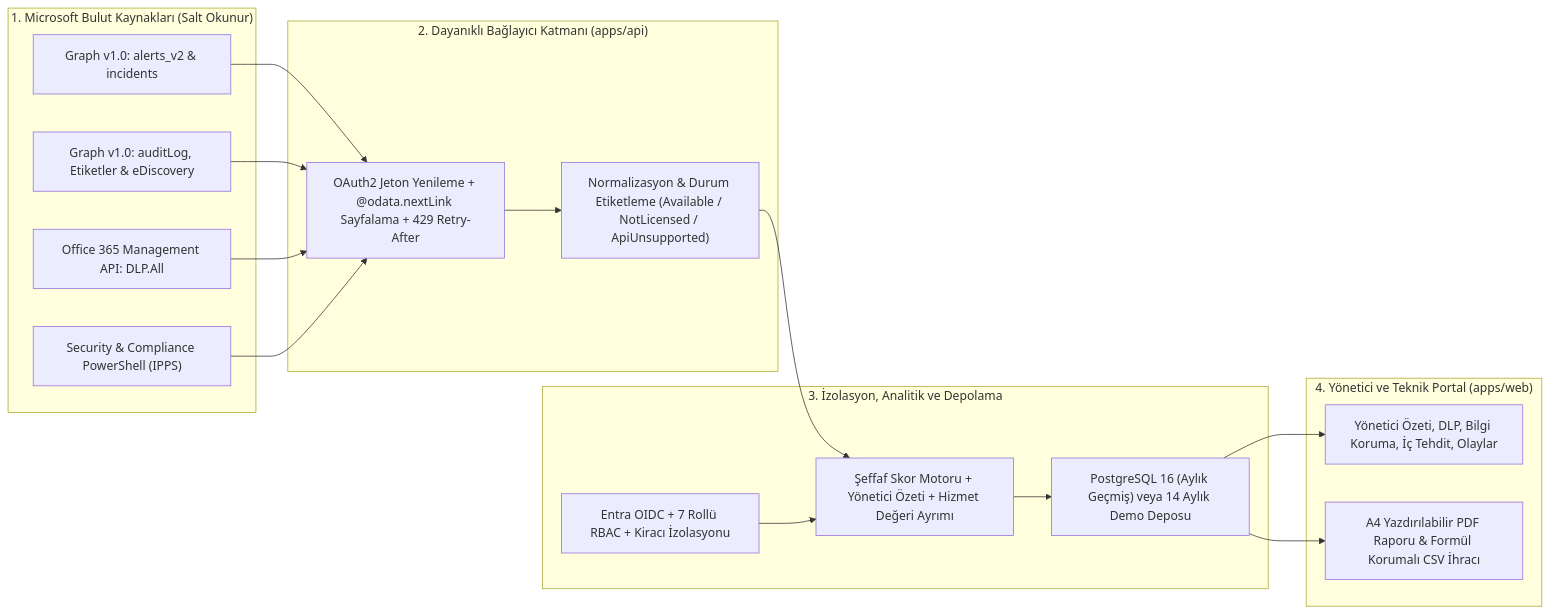
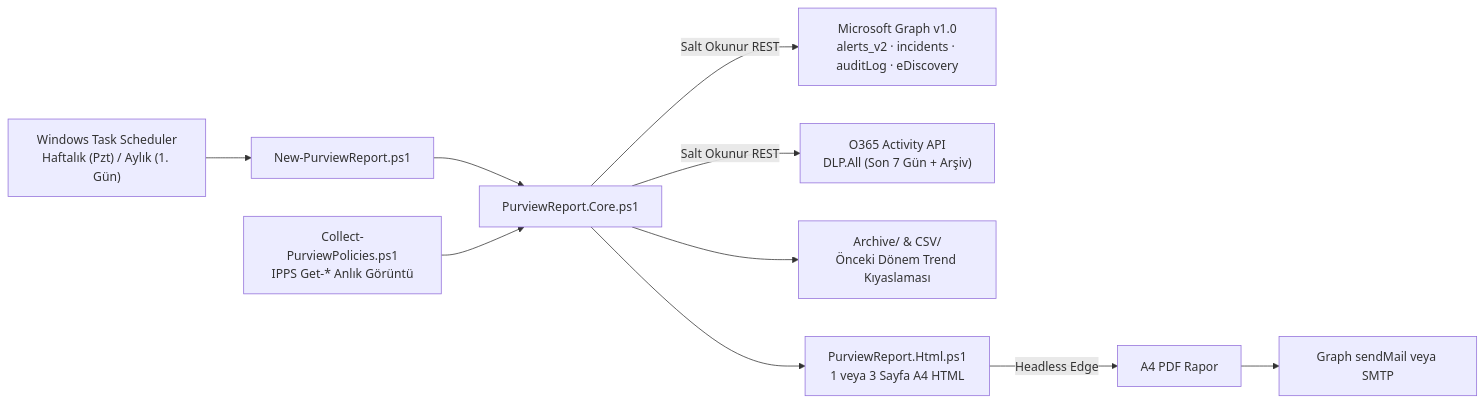
Before and after one commit to canercetinkaya/purview-executive-reporting: the diagram in README.md, drawn with Mermaid. The commit also changed other lines of this file and 110 other files, not shown here.

Commit message:
refactor: convert to standalone PowerShell Purview reporting service

````diff
--- a/README.md
+++ b/README.md
@@ -34,28 +27,12 @@
 ```mermaid
 flowchart LR
-    subgraph MS["1. Microsoft Bulut Kaynakları (Salt Okunur)"]
-        G1["Graph v1.0: alerts_v2 & incidents"]
-        G2["Graph v1.0: auditLog, Etiketler & eDiscovery"]
-        O365["Office 365 Management API: DLP.All"]
-        PS["Security & Compliance PowerShell (IPPS)"]
-    end
-
-    subgraph CONN["2. Dayanıklı Bağlayıcı Katmanı (apps/api)"]
-        HTTP["OAuth2 Jeton Yenileme + @odata.nextLink Sayfalama + 429 Retry-After"]
-        MAP["Normalizasyon & Durum Etiketleme (Available / NotLicensed / ApiUnsupported)"]
-    end
-
-    subgraph CORE["3. İzolasyon, Analitik ve Depolama"]
-        RBAC["Entra OIDC + 7 Rollü RBAC + Kiracı İzolasyonu"]
-        ENG["Şeffaf Skor Motoru + Yönetici Özeti + Hizmet Değeri Ayrımı"]
-        DB["PostgreSQL 16 (Aylık Geçmiş) veya 14 Aylık Demo Deposu"]
-    end
-
-    subgraph UI["4. Yönetici ve Teknik Portal (apps/web)"]
-        DASH["Yönetici Özeti, DLP, Bilgi Koruma, İç Tehdit, Olaylar"]
-        EXP["A4 Yazdırılabilir PDF Raporu & Formül Korumalı CSV İhracı"]
-    end
-
-    G1 & G2 & O365 & PS --> HTTP --> MAP --> ENG
-    RBAC --> ENG --> DB --> DASH & EXP
+    TS["Windows Task Scheduler<br/>Haftalık (Pzt) / Aylık (1. Gün)"] --> NR["New-PurviewReport.ps1"]
+    NR --> CORE["PurviewReport.Core.ps1"]
+    CORE -->|Salt Okunur REST| GR["Microsoft Graph v1.0<br/>alerts_v2 · incidents · auditLog · eDiscovery"]
+    CORE -->|Salt Okunur REST| O365["O365 Activity API<br/>DLP.All (Son 7 Gün + Arşiv)"]
+    SNAP["Collect-PurviewPolicies.ps1<br/>IPPS Get-* Anlık Görüntü"] --> CORE
+    CORE --> ARCH["Archive/ & CSV/<br/>Önceki Dönem Trend Kıyaslaması"]
+    CORE --> HTML["PurviewReport.Html.ps1<br/>1 veya 3 Sayfa A4 HTML"]
+    HTML -->|Headless Edge| PDF["A4 PDF Rapor"]
+    PDF --> MAIL["Graph sendMail veya SMTP"]
 ```
````
